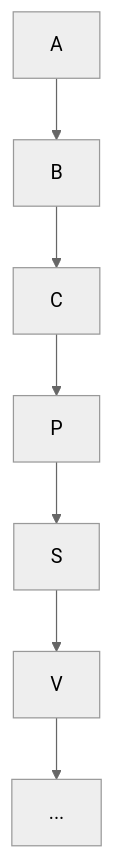
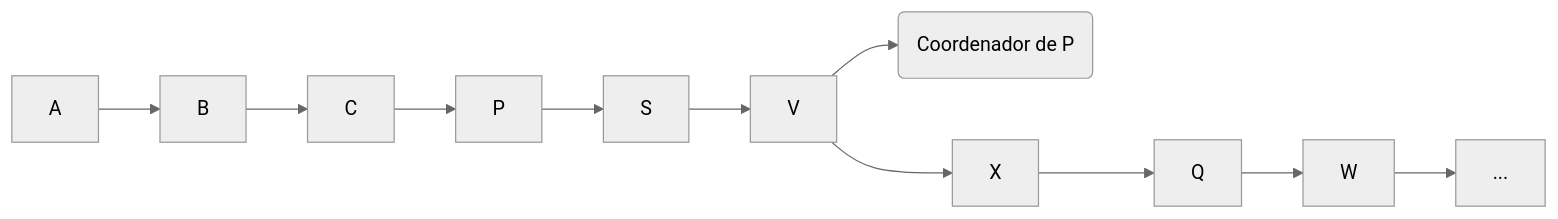
Before and after one commit to dostoievsky/bcc362: the diagram in README.md, drawn with Mermaid (neutral theme). The commit also changed other lines of this file, not shown here.

````diff
--- a/README.md
+++ b/README.md
@@ -157,9 +138,13 @@
 ```mermaid
-graph TD;
+graph LR;
     A-->B;
     B-->C;
     C-->P;
     P-->S;
     S-->V;
-    V-->...;
+    V-->Cp(Coordenador de P)
+    V-->X;
+    X-->Q;
+    Q-->W;
+    W-->...;
 ```
````
